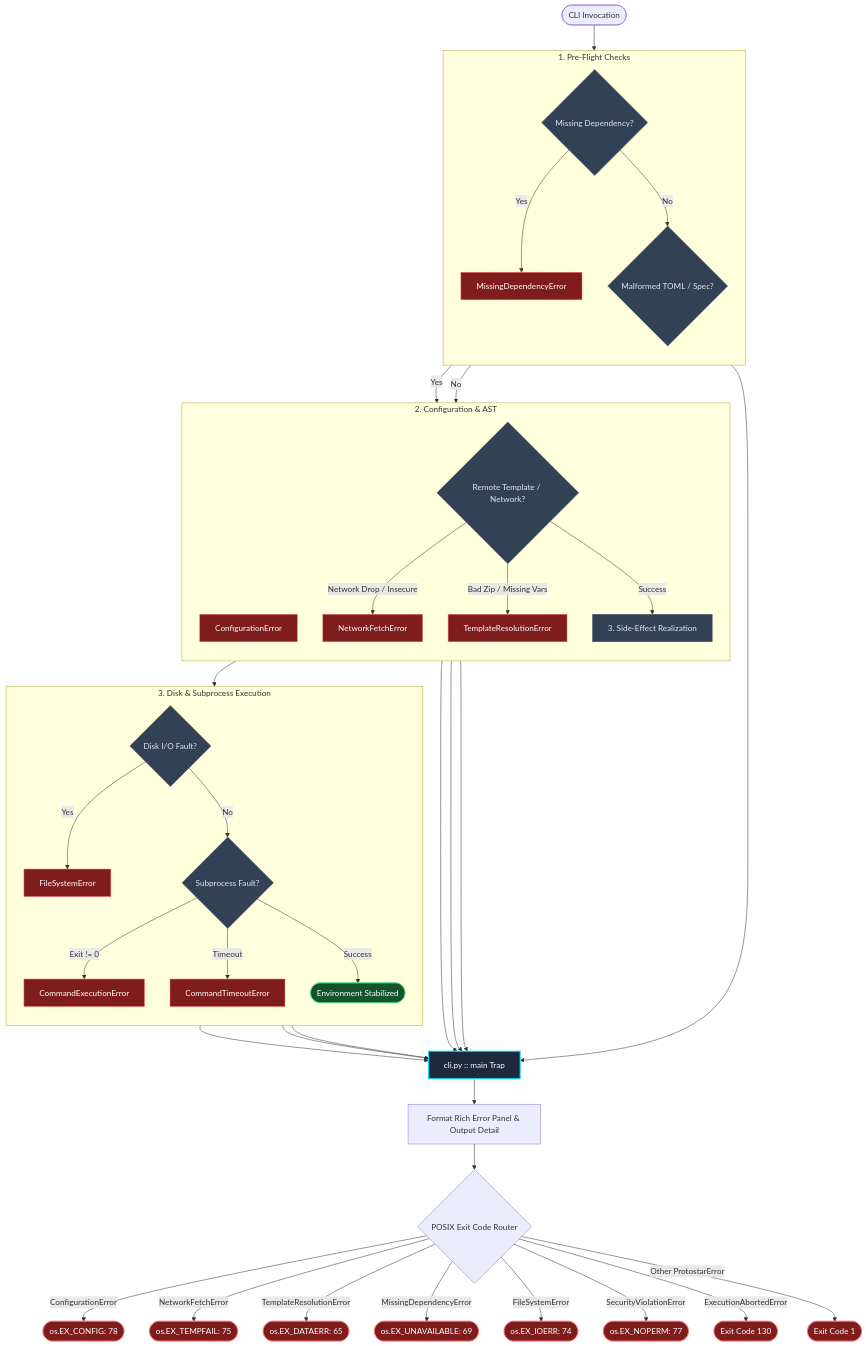
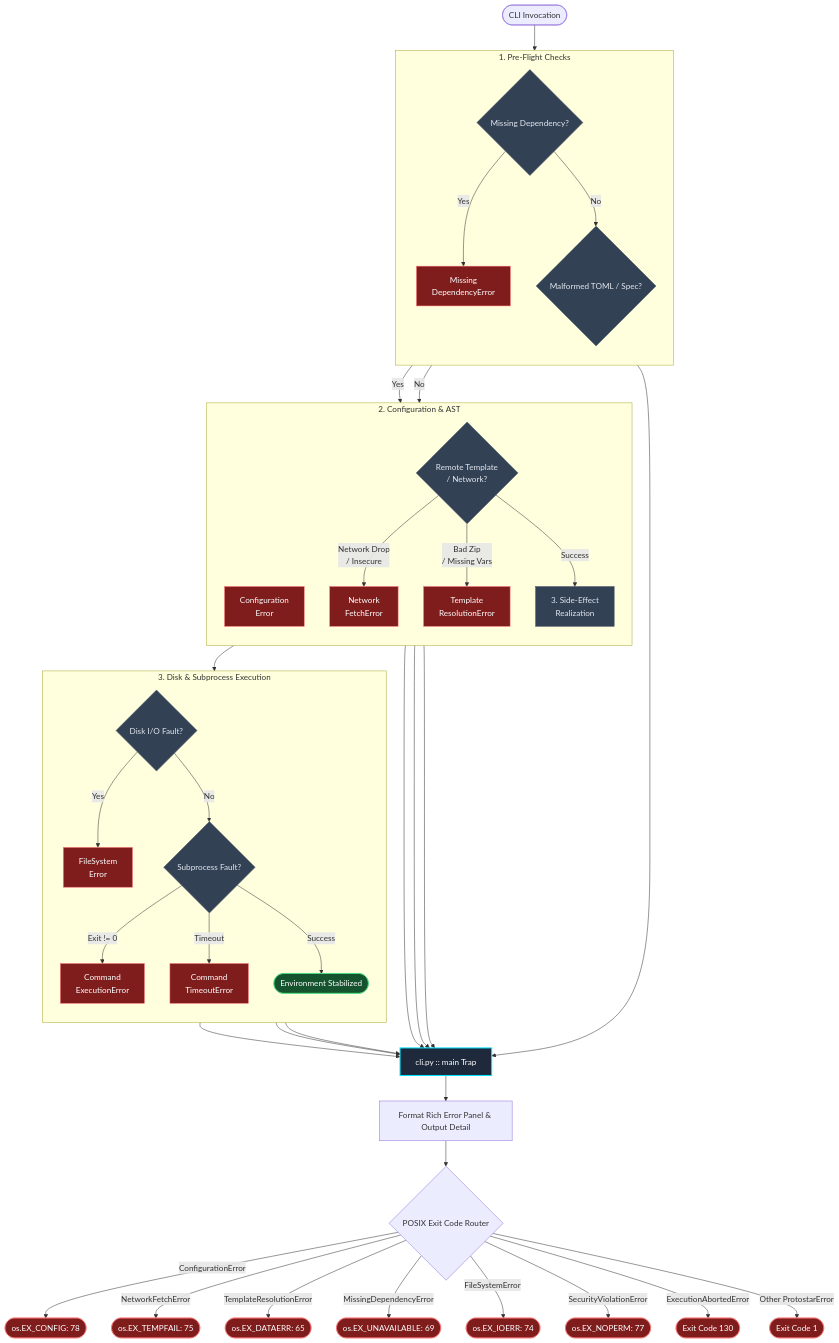
The diagram in docs/mechanics/error_handling.md (JacksonFergusonDev/protostar), drawn with Mermaid before and after one commit. The commit also changed 17 other files, not shown here.

First line of the commit message:
docs: overhaul documentation styling, frontmatter, and mermaid diagrams (#216)

````diff
--- a/docs/mechanics/error_handling.md
+++ b/docs/mechanics/error_handling.md
@@ -33,51 +33,52 @@
 ```mermaid
 flowchart TD
+    %%{init: {'flowchart': {'useMaxWidth': false}}}%%
     %% Styling
     classDef core fill:#1e293b,stroke:#00e5ff,stroke-width:2px,color:#fff;
     classDef phase fill:#334155,stroke:#475569,stroke-width:1px,color:#e2e8f0;
     classDef error fill:#7f1d1d,stroke:#f87171,stroke-width:1px,color:#fff;
     classDef success fill:#14532d,stroke:#4ade80,stroke-width:1px,color:#fff;
 
     Start([CLI Invocation]) --> PreFlight
 
     subgraph PreFlight [1. Pre-Flight Checks]
         direction TB
         PF{Missing Dependency?}:::phase
-        PF -- Yes --> E_Dep[MissingDependencyError]:::error
-        PF -- No --> Config[2. Config & Manifest Parsing]:::phase
+        PF -- Yes --> E_Dep["Missing<br/>DependencyError"]:::error
+        PF -- No --> Config["2. Config &<br/>Manifest Parsing"]:::phase
     end
 
     subgraph Parsing [2. Configuration & AST]
         direction TB
         Config{Malformed TOML / Spec?}:::phase
-        Config -- Yes --> E_Cfg[ConfigurationError]:::error
-        Config -- No --> Net{Remote Template / Network?}:::phase
-        Net -- Network Drop / Insecure --> E_Net[NetworkFetchError]:::error
-        Net -- Bad Zip / Missing Vars --> E_Tmpl[TemplateResolutionError]:::error
-        Net -- Success --> Execution[3. Side-Effect Realization]:::phase
+        Config -- Yes --> E_Cfg["Configuration<br/>Error"]:::error
+        Config -- No --> Net{"Remote Template<br/>/ Network?"}:::phase
+        Net -- "Network Drop<br/>/ Insecure" --> E_Net["Network<br/>FetchError"]:::error
+        Net -- "Bad Zip<br/>/ Missing Vars" --> E_Tmpl["Template<br/>ResolutionError"]:::error
+        Net -- Success --> Execution["3. Side-Effect<br/>Realization"]:::phase
     end
 
     subgraph SideEffects [3. Disk & Subprocess Execution]
         direction TB
         Execution --> Disk{Disk I/O Fault?}:::phase
-        Disk -- Yes --> E_FS[FileSystemError]:::error
+        Disk -- Yes --> E_FS["FileSystem<br/>Error"]:::error
         Disk -- No --> Sub{Subprocess Fault?}:::phase
-        Sub -- Exit != 0 --> E_Exec[CommandExecutionError]:::error
-        Sub -- Timeout --> E_Time[CommandTimeoutError]:::error
+        Sub -- Exit != 0 --> E_Exec["Command<br/>ExecutionError"]:::error
+        Sub -- Timeout --> E_Time["Command<br/>TimeoutError"]:::error
         Sub -- Success --> End([Environment Stabilized]):::success
     end
 
     E_Dep & E_Cfg & E_Net & E_Tmpl & E_FS & E_Exec & E_Time --> Handler[cli.py :: main Trap]:::core
 
     Handler --> Panel[Format Rich Error Panel & Output Detail]
     Panel --> POSIX{POSIX Exit Code Router}
 
     POSIX -- ConfigurationError --> EX78([os.EX_CONFIG: 78]):::error
     POSIX -- NetworkFetchError --> EX75([os.EX_TEMPFAIL: 75]):::error
     POSIX -- TemplateResolutionError --> EX65([os.EX_DATAERR: 65]):::error
     POSIX -- MissingDependencyError --> EX69([os.EX_UNAVAILABLE: 69]):::error
     POSIX -- FileSystemError --> EX74([os.EX_IOERR: 74]):::error
     POSIX -- SecurityViolationError --> EX77([os.EX_NOPERM: 77]):::error
     POSIX -- ExecutionAbortedError --> EX130([Exit Code 130]):::error
     POSIX -- Other ProtostarError --> EX1([Exit Code 1]):::error
 ```
````
